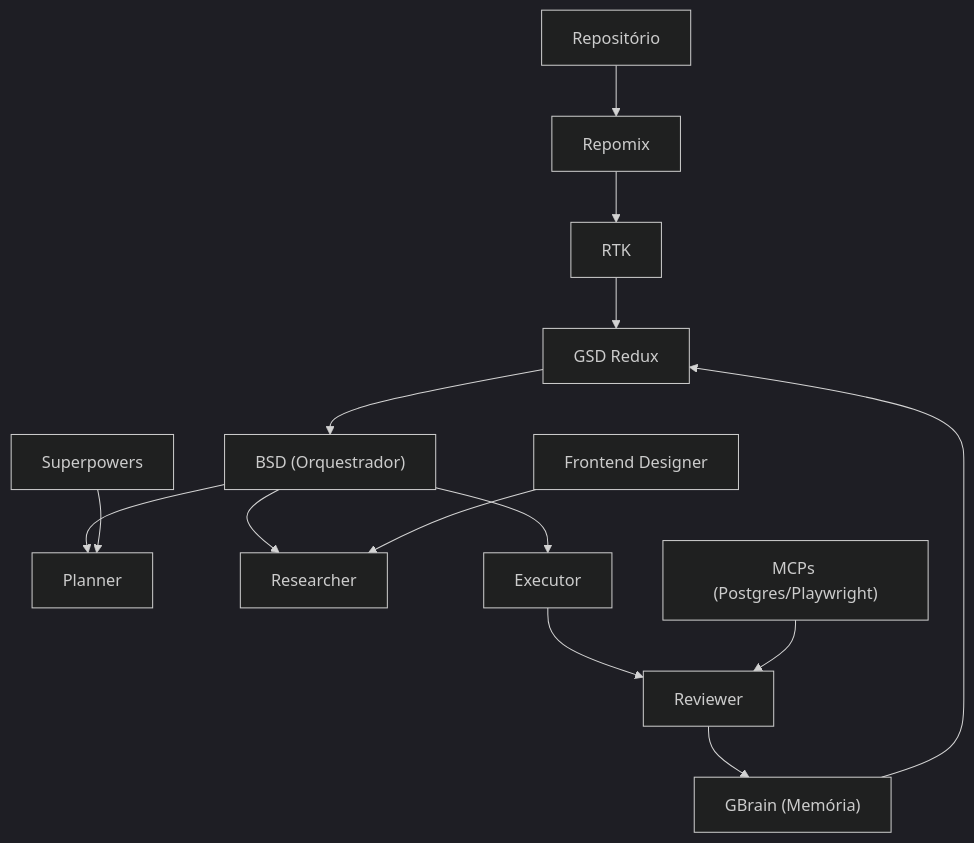
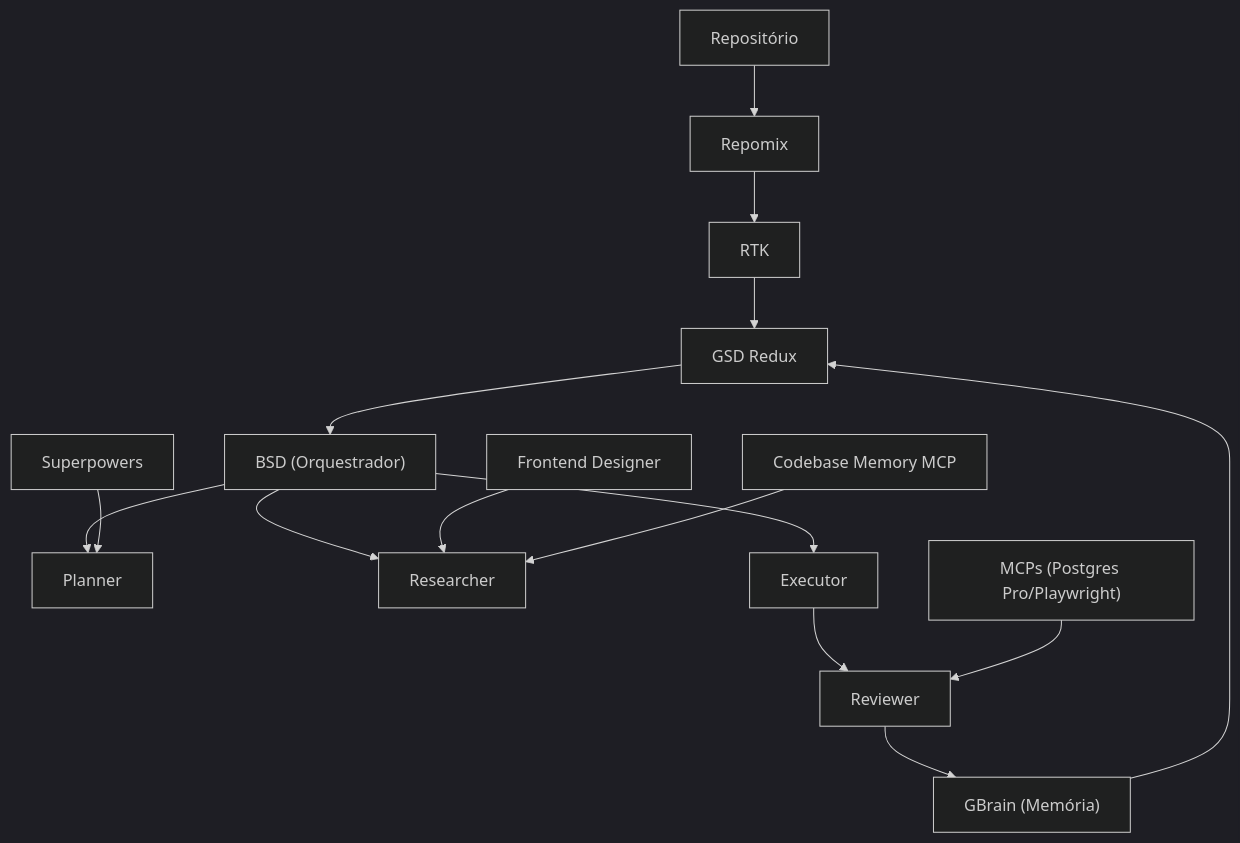
The diagram in README.md (Joao-Pedro-AI-Visionary/vjp-harness), drawn with Mermaid (dark theme) before and after one commit. The commit also changed other lines of this file and 7 other files, not shown here.

````diff
--- a/README.md
+++ b/README.md
@@ -11,16 +16,17 @@
 ```mermaid
 flowchart TD
     Repo["Repositório"] --> Repomix["Repomix"]
     Repomix --> RTK["RTK"]
     RTK --> GSD["GSD Redux"]
     GBrain["GBrain (Memória)"] --> GSD
     GSD --> BSD["BSD (Orquestrador)"]
     BSD --> Planner["Planner"]
     BSD --> Researcher["Researcher"]
     BSD --> Executor["Executor"]
     Executor --> Reviewer["Reviewer"]
     Reviewer --> GBrain
     Superpowers["Superpowers"] --> Planner
     FrontendDesigner["Frontend Designer"] --> Researcher
-    MCPs["MCPs (Postgres/Playwright)"] --> Reviewer
+    CodebaseMem["Codebase Memory MCP"] --> Researcher
+    MCPs["MCPs (Postgres Pro/Playwright)"] --> Reviewer
 ```
````
